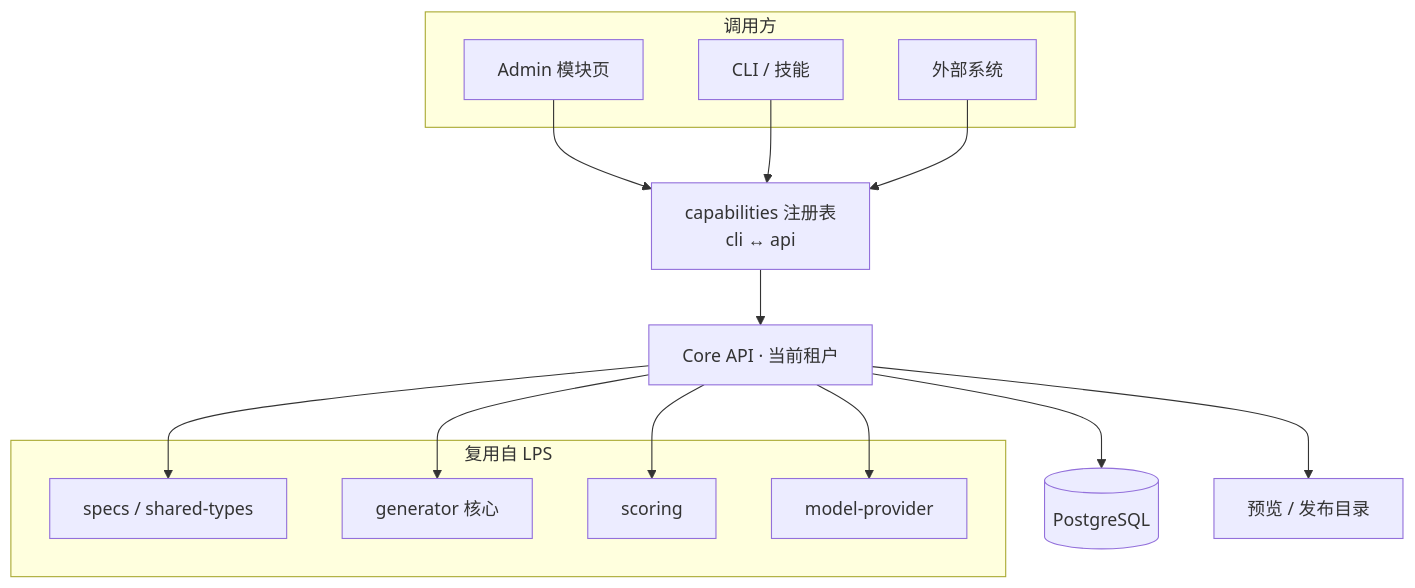
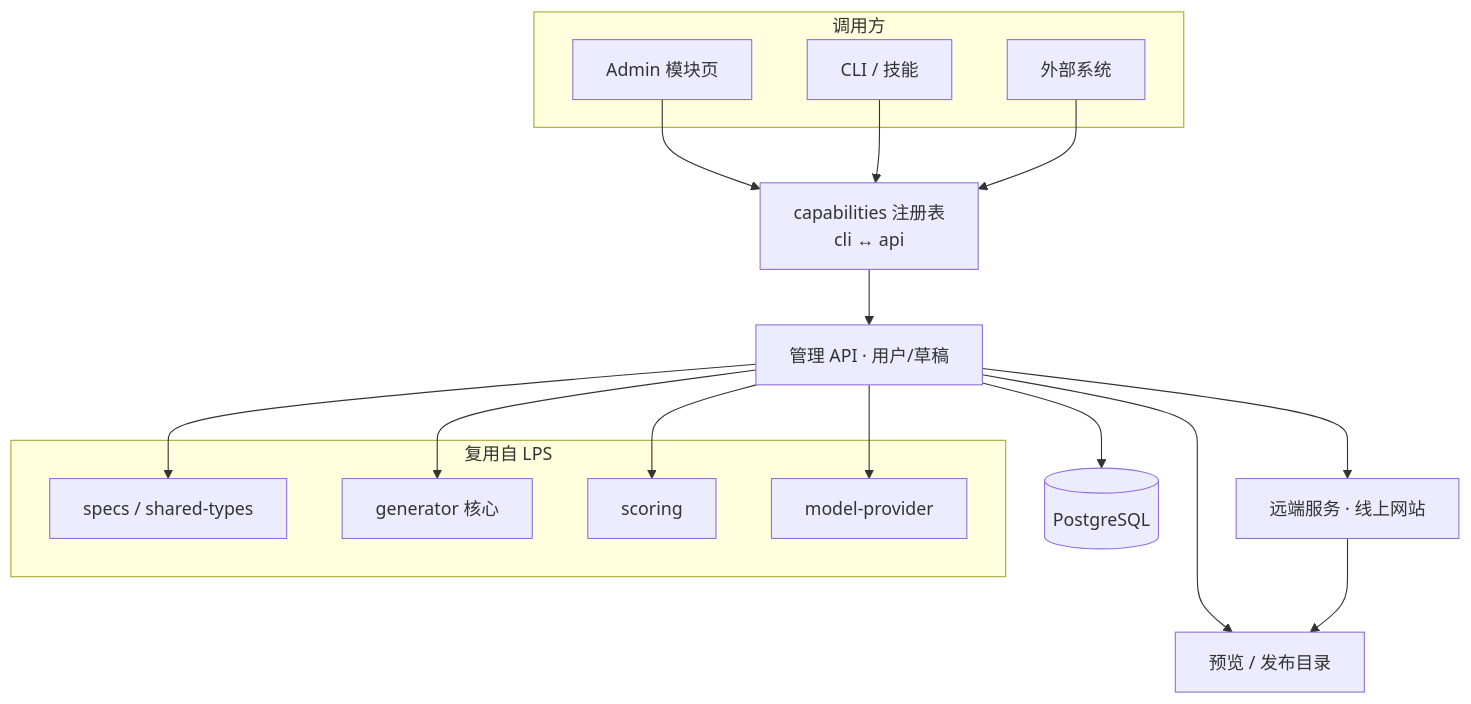
Before and after one commit to SeanLiangYoung/OLPS: the diagram in docs/architecture.md, drawn with Mermaid. The commit also changed other lines of this file and 43 other files, not shown here.

````diff
--- a/docs/architecture.md
+++ b/docs/architecture.md
@@ -43,32 +43,35 @@
 ```mermaid
 flowchart TB
   subgraph callers [调用方]
     Admin["Admin 模块页"]
     CLI["CLI / 技能"]
     Ext["外部系统"]
   end
 
   Cap["capabilities 注册表<br/>cli ↔ api"]
-  Core["Core API · 当前租户"]
+  Core["管理 API · 用户/草稿"]
+  Remote["远端服务 · 线上网站"]
 
   subgraph reuse [复用自 LPS]
     Specs["specs / shared-types"]
     GenCore["generator 核心"]
     Score["scoring"]
     MP["model-provider"]
   end
 
   PG[("PostgreSQL")]
   Pub["预览 / 发布目录"]
 
   Admin --> Cap
   CLI --> Cap
   Ext --> Cap
   Cap --> Core
   Core --> GenCore
   Core --> Score
   Core --> MP
   Core --> Specs
   Core --> PG
   Core --> Pub
+  Core --> Remote
+  Remote --> Pub
 ```
````
